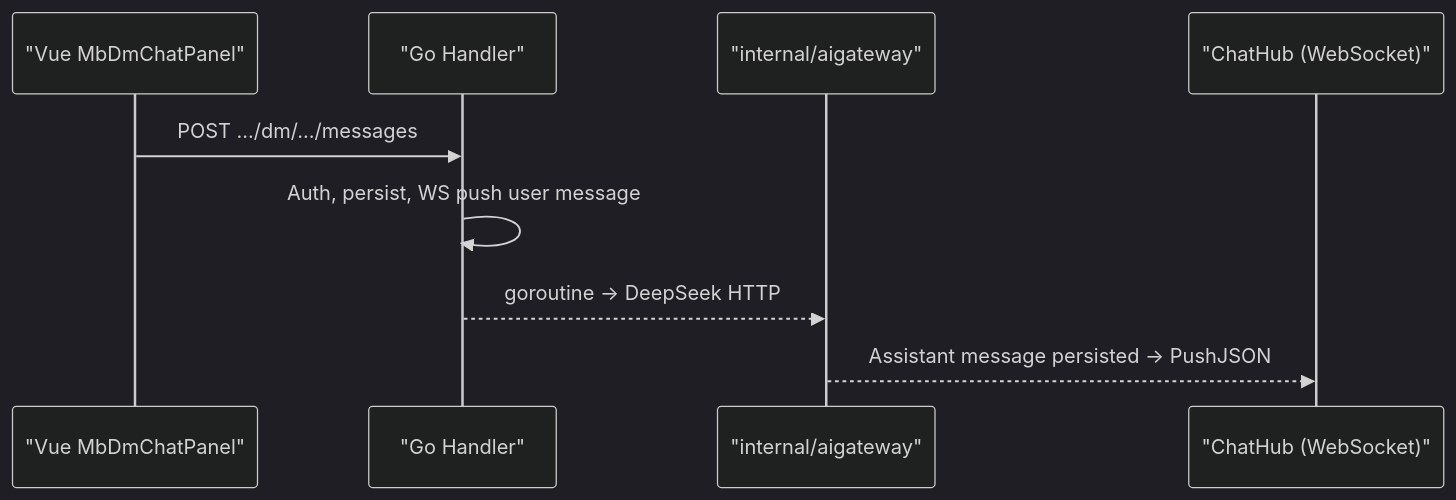
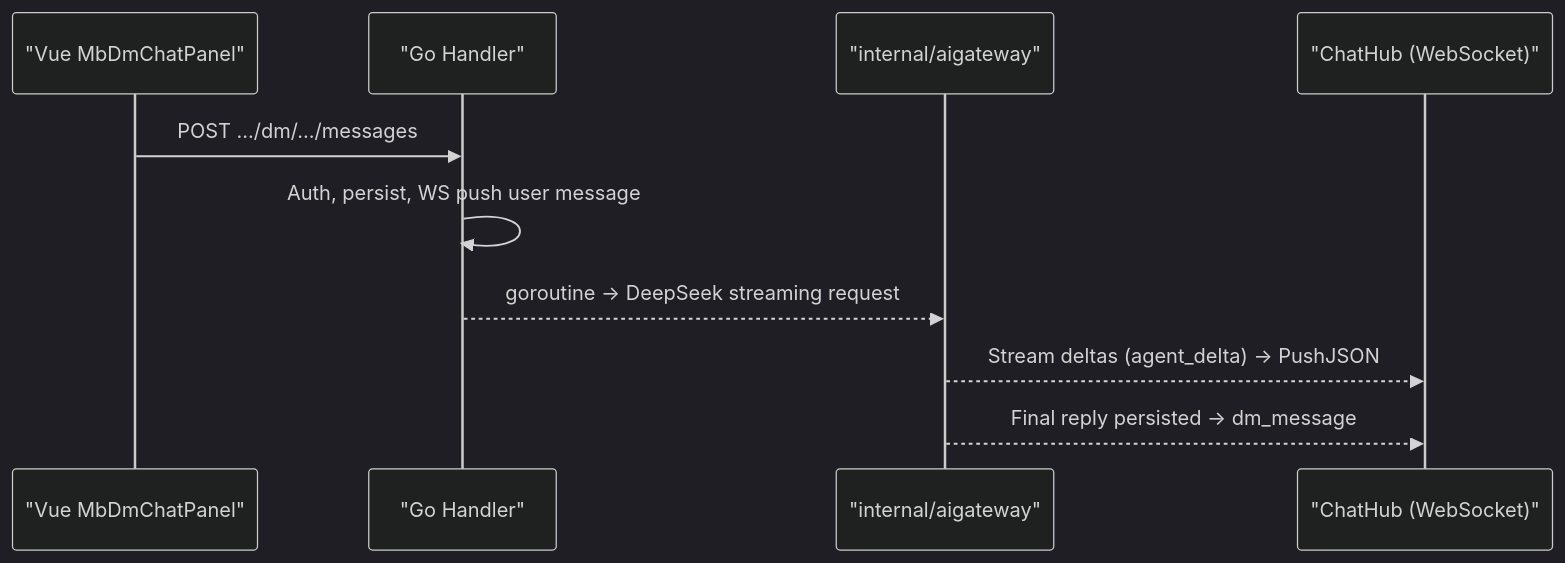
The first of 2 diagrams in docs/ai-gateway_EN.md (earthcake2233/cakecake), drawn with Mermaid (dark theme) before and after one commit. The commit also changed other lines of this file and 6 other files, not shown here.

Commit message:
docs(ai): sync gateway docs and default DeepSeek model to v4-flash

````diff
--- a/docs/ai-gateway_EN.md
+++ b/docs/ai-gateway_EN.md
@@ -25,12 +18,13 @@
 ```mermaid
 sequenceDiagram
     participant V as "Vue MbDmChatPanel"
     participant Go as "Go Handler"
     participant AI as "internal/aigateway"
     participant WS as "ChatHub (WebSocket)"
 
     V->>Go: POST .../dm/.../messages
     Go->>Go: Auth, persist, WS push user message
-    Go-->>AI: goroutine -> DeepSeek HTTP
-    AI-->>WS: Assistant message persisted -> PushJSON
+    Go-->>AI: goroutine -> DeepSeek streaming request
+    AI-->>WS: Stream deltas (agent_delta) -> PushJSON
+    AI-->>WS: Final reply persisted -> dm_message
 ```
````
